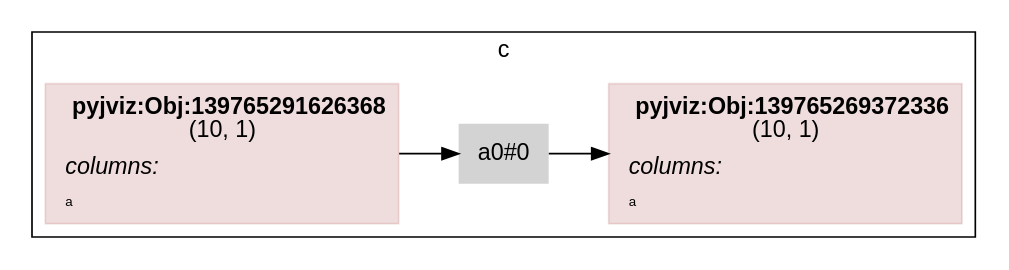
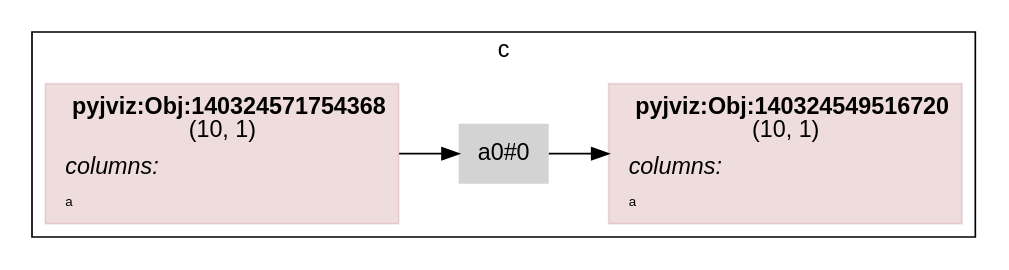
The diagram in examples/scripts/rdflog/a0.ttl.dot (pyjanitor-devs/pyjviz), drawn with Graphviz before and after one commit. The commit also changed 6 other files, not shown here.

```diff
--- a/examples/scripts/rdflog/a0.ttl.dot
+++ b/examples/scripts/rdflog/a0.ttl.dot
@@ -1,50 +1,50 @@
 
     digraph G {
     rankdir = "LR"
     fontname="Helvetica,Arial,sans-serif"
     node [ 
       style=filled
       shape=rect
       pencolor="#00000044" // frames color
       fontname="Helvetica,Arial,sans-serif"
       shape=plaintext
     ]
     edge [fontname="Helvetica,Arial,sans-serif"]    
     
 
-        subgraph cluster_7982109652864855260 {
+        subgraph cluster_d6166505689995856735 {
           label = "c";
         
 
-            node_6562411408775726402 [
+            node_d6861264028377757273 [
                 color="#88000022"
                 shape = rect
                 label = <<table border="0" cellborder="0" cellspacing="0" cellpadding="4">
-                         <tr> <td> <b>pyjviz:Obj:139765291626368</b><br/>(10, 1)</td> </tr>
+                         <tr> <td> <b>pyjviz:Obj:140324571754368</b><br/>(10, 1)</td> </tr>
                          <tr> <td align="left"><i>columns:</i><br align="left"/></td></tr>
                 <tr><td align="left"><FONT POINT-SIZE="8px">a</FONT></td></tr>
                          </table>>
                 ];
 
             
 
-            node_4494822578168143580 [
+            node_d4360792116058483868 [
                 color="#88000022"
                 shape = rect
                 label = <<table border="0" cellborder="0" cellspacing="0" cellpadding="4">
-                         <tr> <td> <b>pyjviz:Obj:139765269372336</b><br/>(10, 1)</td> </tr>
+                         <tr> <td> <b>pyjviz:Obj:140324549516720</b><br/>(10, 1)</td> </tr>
                          <tr> <td align="left"><i>columns:</i><br align="left"/></td></tr>
                 <tr><td align="left"><FONT POINT-SIZE="8px">a</FONT></td></tr>
                          </table>>
                 ];
 
             
 
-            node_9086322712195601216 [ label = "a0#0" ];
+            node_d4703527834109933031 [ label = "a0#0" ];
             
 }
 
-            node_6562411408775726402 -> node_9086322712195601216;
-            node_9086322712195601216 -> node_4494822578168143580;
+            node_d6861264028377757273 -> node_d4703527834109933031;
+            node_d4703527834109933031 -> node_d4360792116058483868;
             
 }
```
